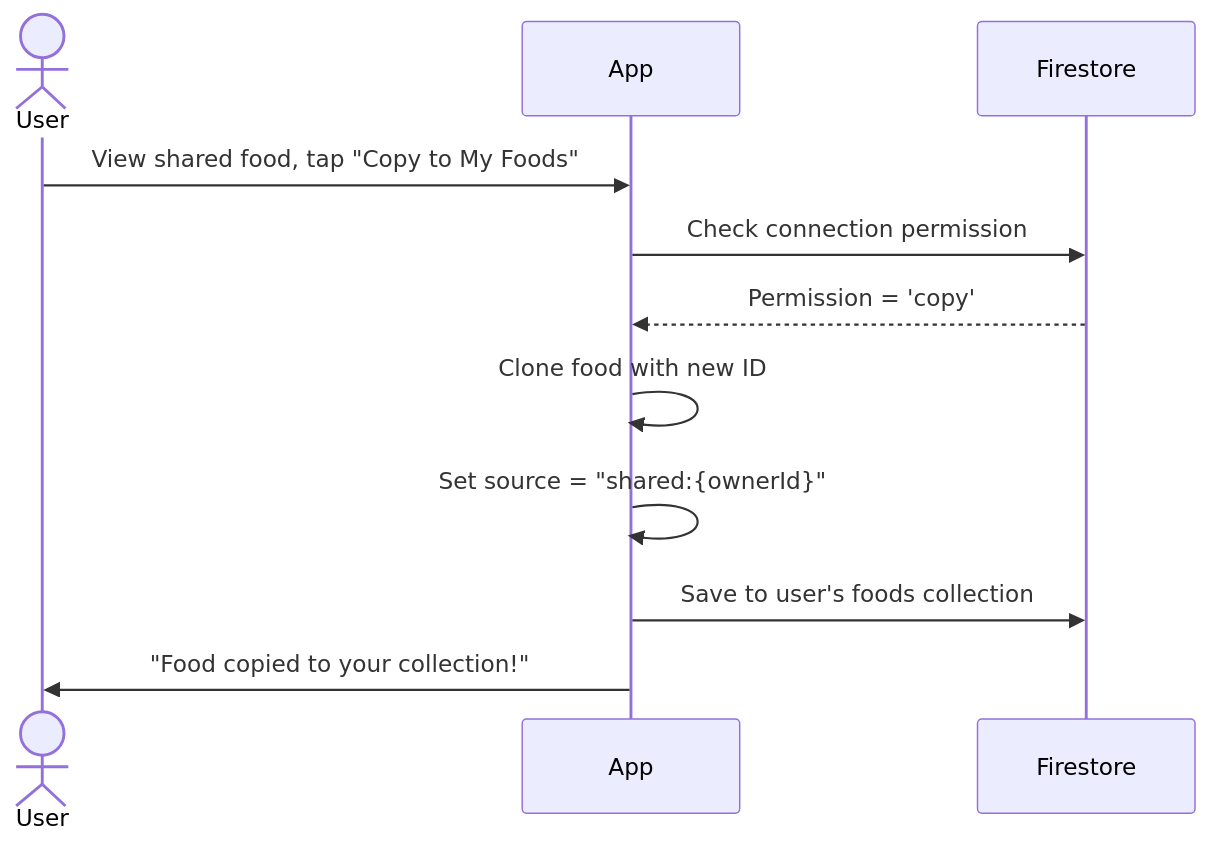
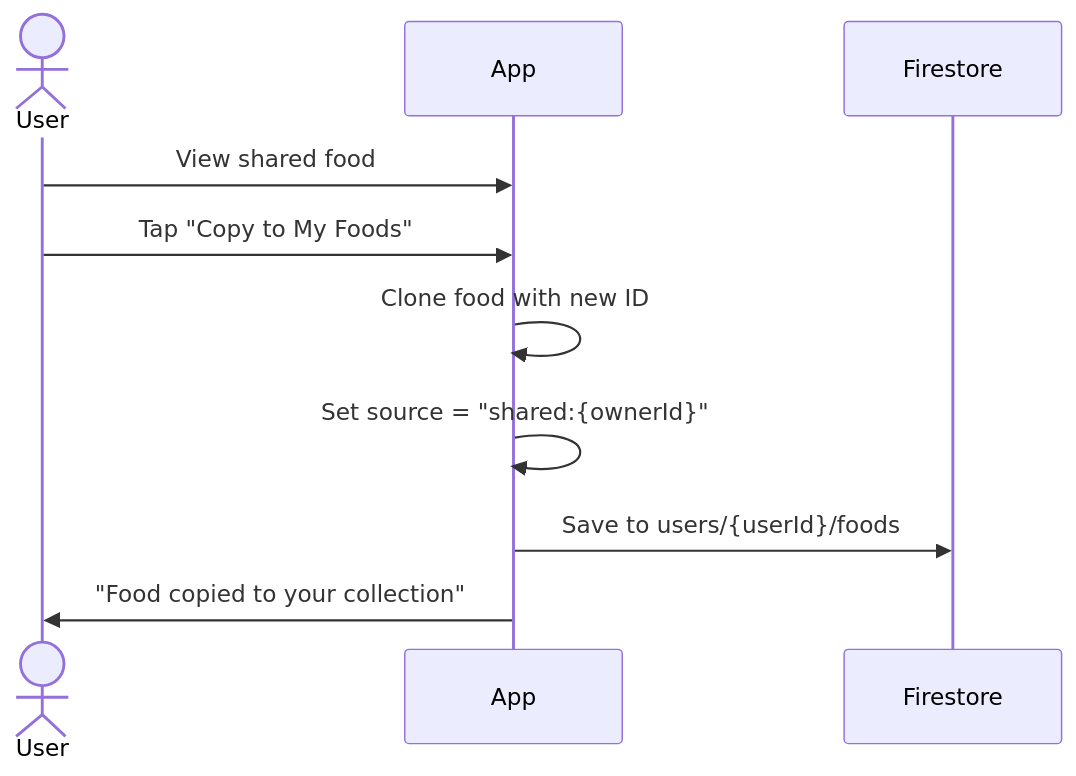
Before and after one commit to TimothyYao/meal-planning: the fourth of 4 diagrams in doc/food-sharing-design.md, drawn with Mermaid. The commit also changed other lines of this file and 4 other files, not shown here.

First line of the commit message:
Simplify food sharing to direct user ID sharing

````diff
--- a/doc/food-sharing-design.md
+++ b/doc/food-sharing-design.md
@@ -353,17 +235,15 @@
 ```mermaid
 sequenceDiagram
-    actor User as User
-    participant App as App
+    actor User
+    participant App
     participant FS as Firestore
 
-    User->>App: View shared food, tap "Copy to My Foods"
-    
-    App->>FS: Check connection permission
-    FS-->>App: Permission = 'copy'
+    User->>App: View shared food
+    User->>App: Tap "Copy to My Foods"
     
     App->>App: Clone food with new ID
     App->>App: Set source = "shared:{ownerId}"
-    App->>FS: Save to user's foods collection
+    App->>FS: Save to users/{userId}/foods
     
-    App->>User: "Food copied to your collection!"
+    App->>User: "Food copied to your collection"
 ```
````
